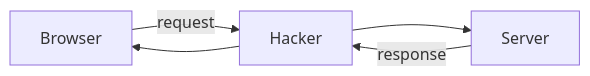
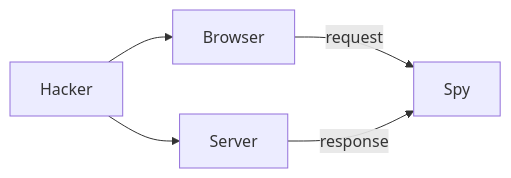
One commit to adetaylor/browser-learning changed the second of 2 diagrams in docs/exercise3a.md. Above: the diagram before and after it, drawn with Mermaid. The commit also changed other lines of this file, not shown here.

Commit message:
Change to spy.py

````diff
--- a/docs/exercise3a.md
+++ b/docs/exercise3a.md
@@ -20,7 +20,7 @@
 ```mermaid
 graph LR;
-    Browser-- request -->Hacker;
+    Browser-- request -->Spy;
     Hacker --> Server
-    Server-- response -->Hacker;
+    Server-- response -->Spy;
     Hacker-->Browser;
 ```
````
